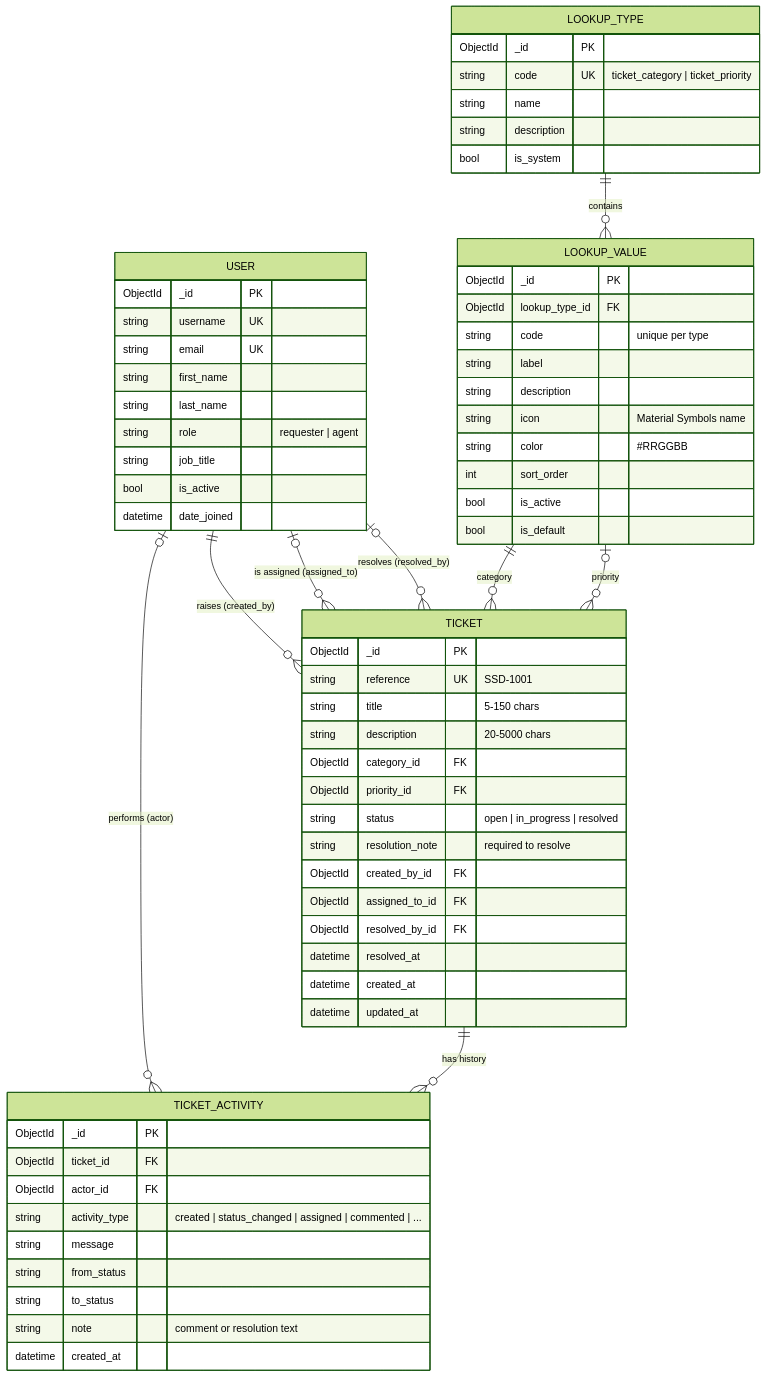
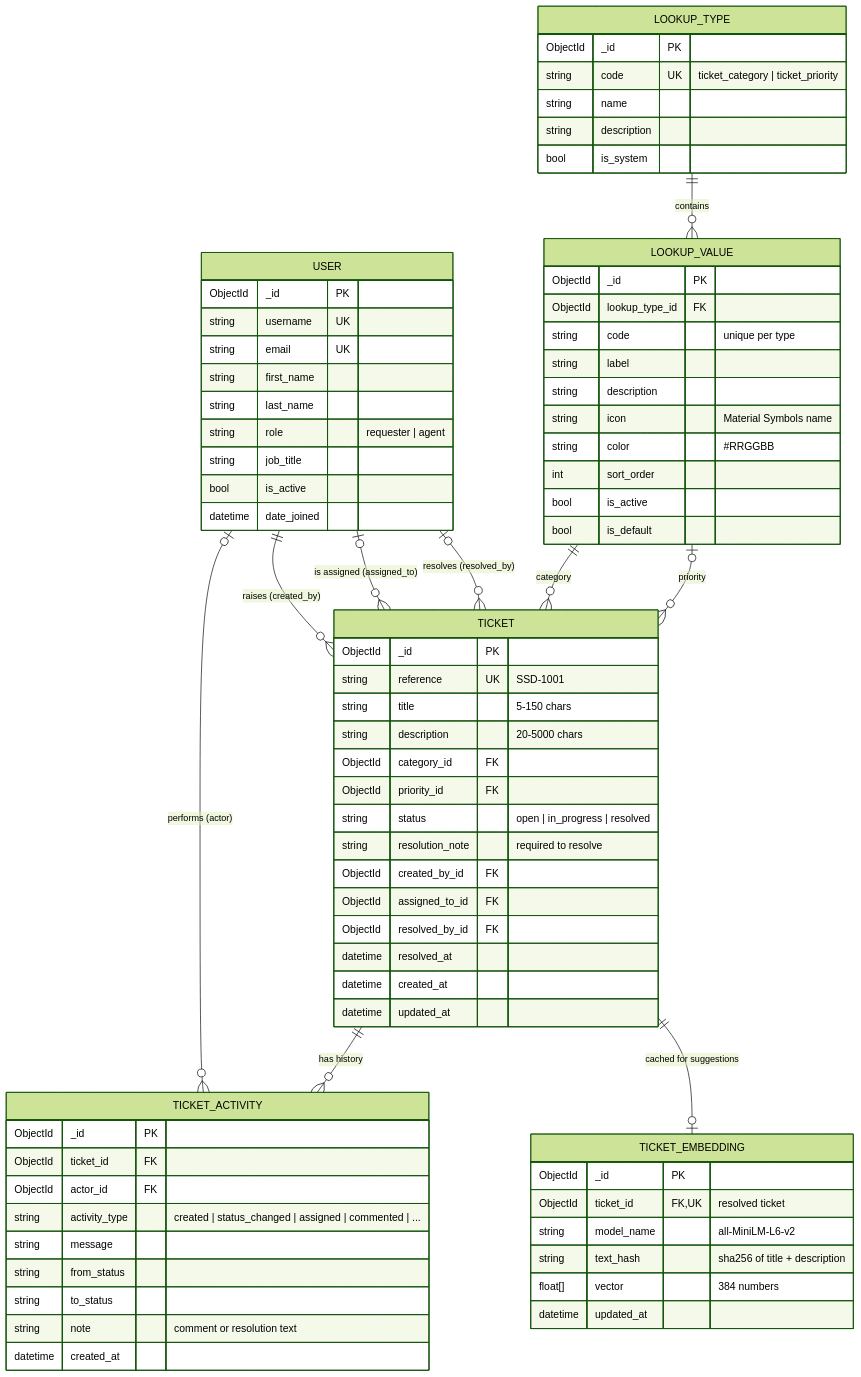
Before and after one commit to arunsanjeevms/Smart-Support-Desk: the second of 3 diagrams in README.md, drawn with Mermaid (forest theme). The commit also changed other lines of this file and 3 other files, not shown here.

First line of the commit message:
Document how the similar ticket suggestions work, with real examples

````diff
--- a/README.md
+++ b/README.md
@@ -250,69 +261,78 @@
 ```mermaid
 erDiagram
     USER ||--o{ TICKET : "raises (created_by)"
     USER |o--o{ TICKET : "is assigned (assigned_to)"
     USER |o--o{ TICKET : "resolves (resolved_by)"
     USER |o--o{ TICKET_ACTIVITY : "performs (actor)"
     TICKET ||--o{ TICKET_ACTIVITY : "has history"
     LOOKUP_TYPE ||--o{ LOOKUP_VALUE : "contains"
     LOOKUP_VALUE ||--o{ TICKET : "category"
     LOOKUP_VALUE |o--o{ TICKET : "priority"
+    TICKET ||--o| TICKET_EMBEDDING : "cached for suggestions"
 
     USER {
         ObjectId _id PK
         string username UK
         string email UK
         string first_name
         string last_name
         string role "requester | agent"
         string job_title
         bool is_active
         datetime date_joined
     }
     TICKET {
         ObjectId _id PK
         string reference UK "SSD-1001"
         string title "5-150 chars"
         string description "20-5000 chars"
         ObjectId category_id FK
         ObjectId priority_id FK
         string status "open | in_progress | resolved"
         string resolution_note "required to resolve"
         ObjectId created_by_id FK
         ObjectId assigned_to_id FK
         ObjectId resolved_by_id FK
         datetime resolved_at
         datetime created_at
         datetime updated_at
     }
     TICKET_ACTIVITY {
         ObjectId _id PK
         ObjectId ticket_id FK
         ObjectId actor_id FK
         string activity_type "created | status_changed | assigned | commented | ..."
         string message
         string from_status
         string to_status
         string note "comment or resolution text"
         datetime created_at
     }
+    TICKET_EMBEDDING {
+        ObjectId _id PK
+        ObjectId ticket_id FK,UK "resolved ticket"
+        string model_name "all-MiniLM-L6-v2"
+        string text_hash "sha256 of title + description"
+        float[] vector "384 numbers"
+        datetime updated_at
+    }
     LOOKUP_TYPE {
         ObjectId _id PK
         string code UK "ticket_category | ticket_priority"
         string name
         string description
         bool is_system
     }
     LOOKUP_VALUE {
         ObjectId _id PK
         ObjectId lookup_type_id FK
         string code "unique per type"
         string label
         string description
         string icon "Material Symbols name"
         string color "#RRGGBB"
         int sort_order
         bool is_active
         bool is_default
     }
 ```
````
